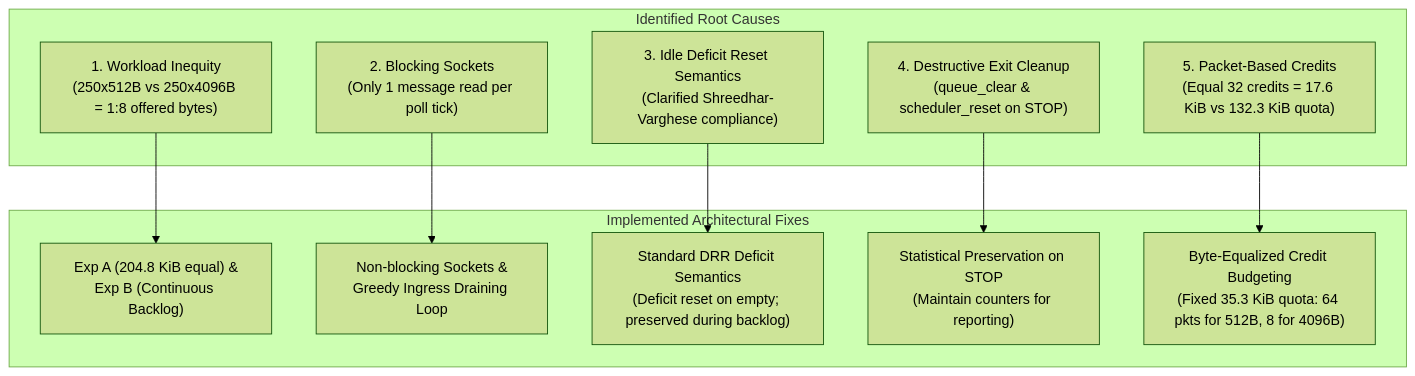
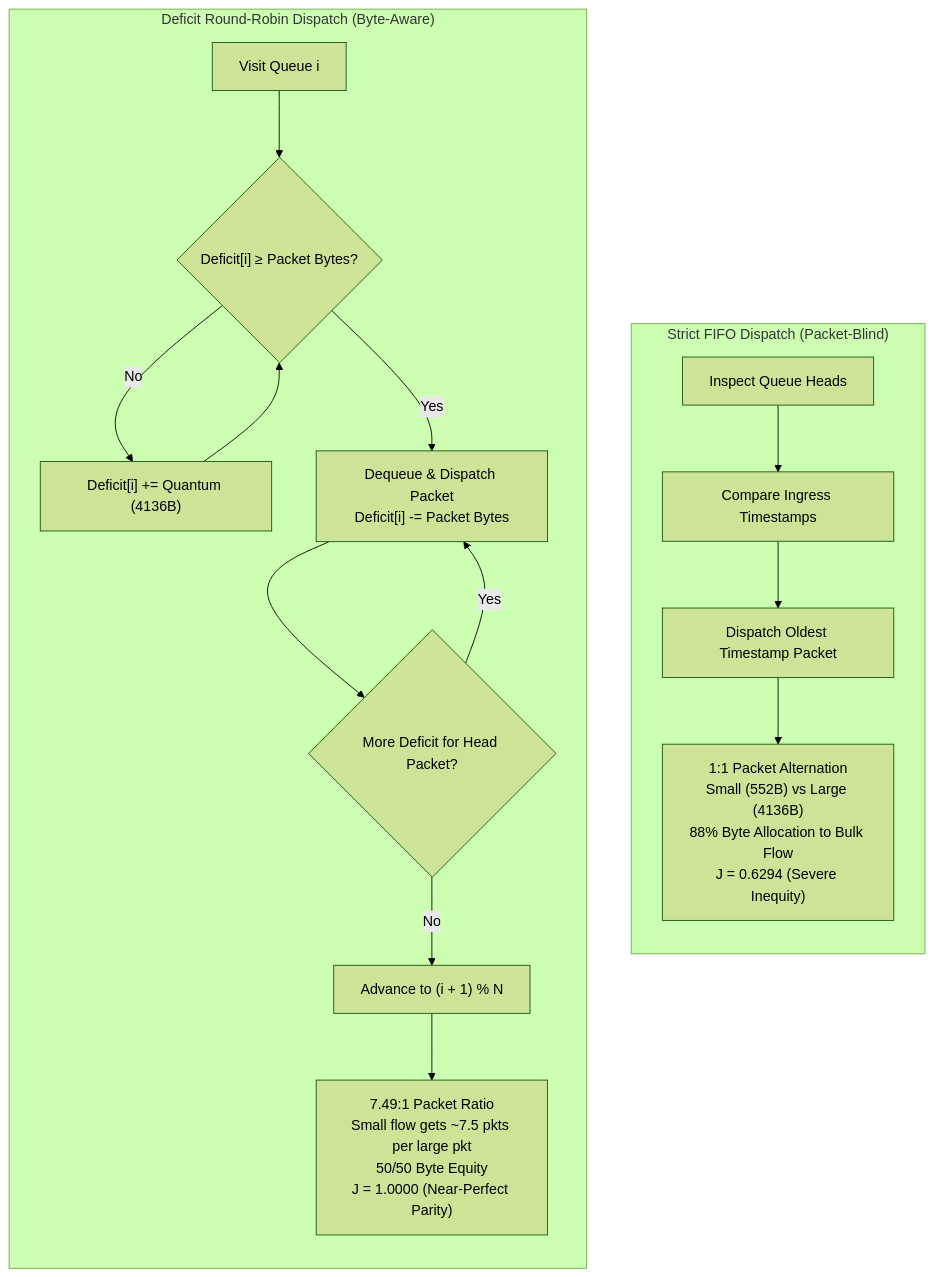
Before and after one commit to Manu71862/Adaptive-IPC: the fourth of 4 diagrams in docs/technical_report.md, drawn with Mermaid (forest theme). The commit also changed other lines of this file and 15 other files, not shown here.

````diff
--- a/docs/technical_report.md
+++ b/docs/technical_report.md
@@ -115,24 +301,28 @@
 ```mermaid
 flowchart TD
-    subgraph Defects ["Identified Root Causes"]
-        D1["1. Workload Inequity<br/>(250x512B vs 250x4096B = 1:8 offered bytes)"]
-        D2["2. Blocking Sockets<br/>(Only 1 message read per poll tick)"]
-        D3["3. Idle Deficit Reset Semantics<br/>(Clarified Shreedhar-Varghese compliance)"]
-        D4["4. Destructive Exit Cleanup<br/>(queue_clear & scheduler_reset on STOP)"]
-        D5["5. Packet-Based Credits<br/>(Equal 32 credits = 17.6 KiB vs 132.3 KiB quota)"]
+    subgraph FIFO ["Strict FIFO Dispatch (Packet-Blind)"]
+        direction TB
+        F_IN["Inspect Queue Heads"]
+        F_CMP["Compare Ingress Timestamps"]
+        F_DISP["Dispatch Oldest Timestamp Packet"]
+        F_RESULT["1:1 Packet Alternation<br/>Small (552B) vs Large (4136B)<br/>88% Byte Allocation to Bulk Flow<br/>J = 0.6294 (Severe Inequity)"]
+        F_IN --> F_CMP --> F_DISP --> F_RESULT
     end
 
-    subgraph Fixes ["Implemented Architectural Fixes"]
-        F1["Exp A (204.8 KiB equal) &<br/>Exp B (Continuous Backlog)"]
-        F2["Non-blocking Sockets &<br/>Greedy Ingress Draining Loop"]
-        F3["Standard DRR Deficit Semantics<br/>(Deficit reset on empty; preserved during backlog)"]
-        F4["Statistical Preservation on STOP<br/>(Maintain counters for reporting)"]
-        F5["Byte-Equalized Credit Budgeting<br/>(Fixed 35.3 KiB quota: 64 pkts for 512B, 8 for 4096B)"]
+    subgraph DRR ["Deficit Round-Robin Dispatch (Byte-Aware)"]
+        direction TB
+        D_IN["Visit Queue i"]
+        D_CHK{"Deficit[i] ≥ Packet Bytes?"}
+        D_ADD["Deficit[i] += Quantum (4136B)"]
+        D_DEQ["Dequeue & Dispatch Packet<br/>Deficit[i] -= Packet Bytes"]
+        D_MORE{"More Deficit for Head Packet?"}
+        D_ADV["Advance to (i + 1) % N"]
+        D_RESULT["7.49:1 Packet Ratio<br/>Small flow gets ~7.5 pkts per large pkt<br/>50/50 Byte Equity<br/>J = 1.0000 (Near-Perfect Parity)"]
+
+        D_IN --> D_CHK
+        D_CHK -- No --> D_ADD --> D_CHK
+        D_CHK -- Yes --> D_DEQ --> D_MORE
+        D_MORE -- Yes --> D_DEQ
+        D_MORE -- No --> D_ADV --> D_RESULT
     end
-
-    D1 --> F1
-    D2 --> F2
-    D3 --> F3
-    D4 --> F4
-    D5 --> F5
 ```
````
